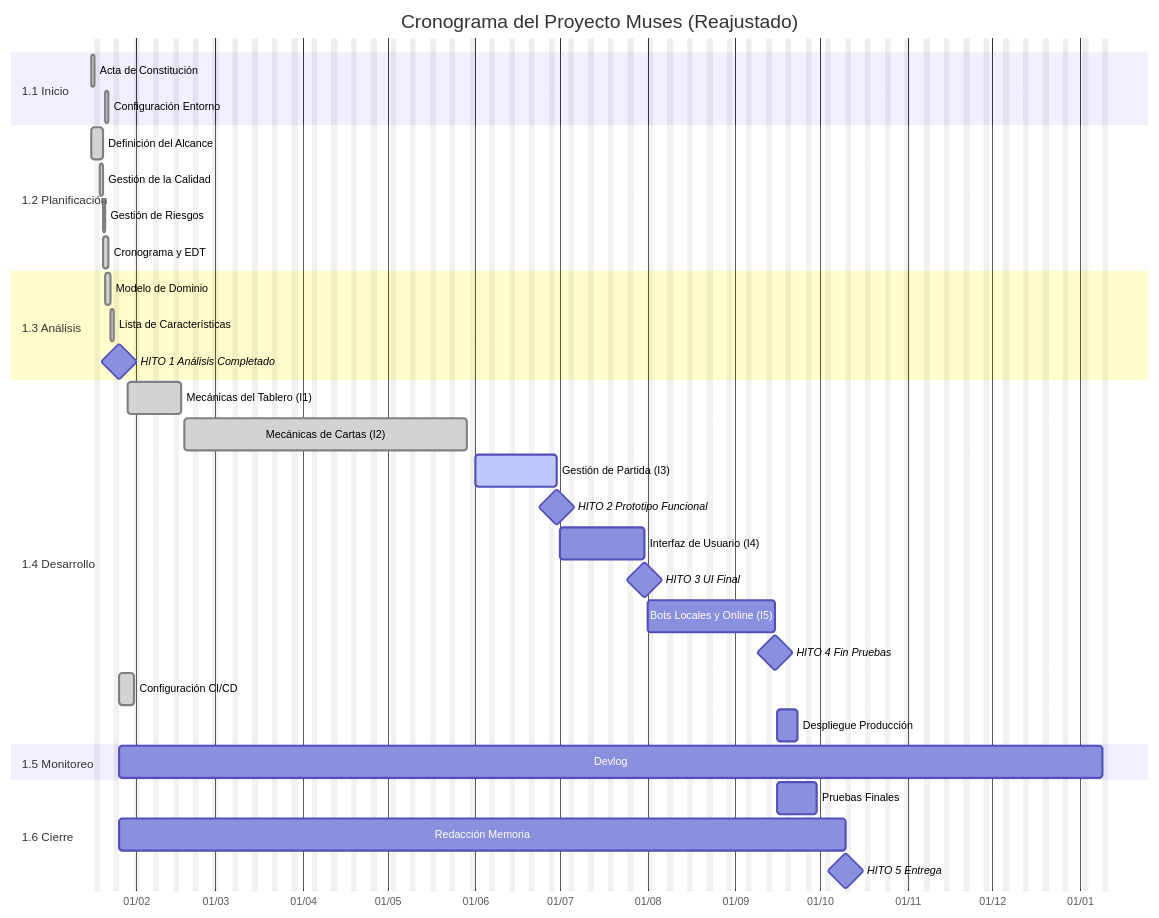
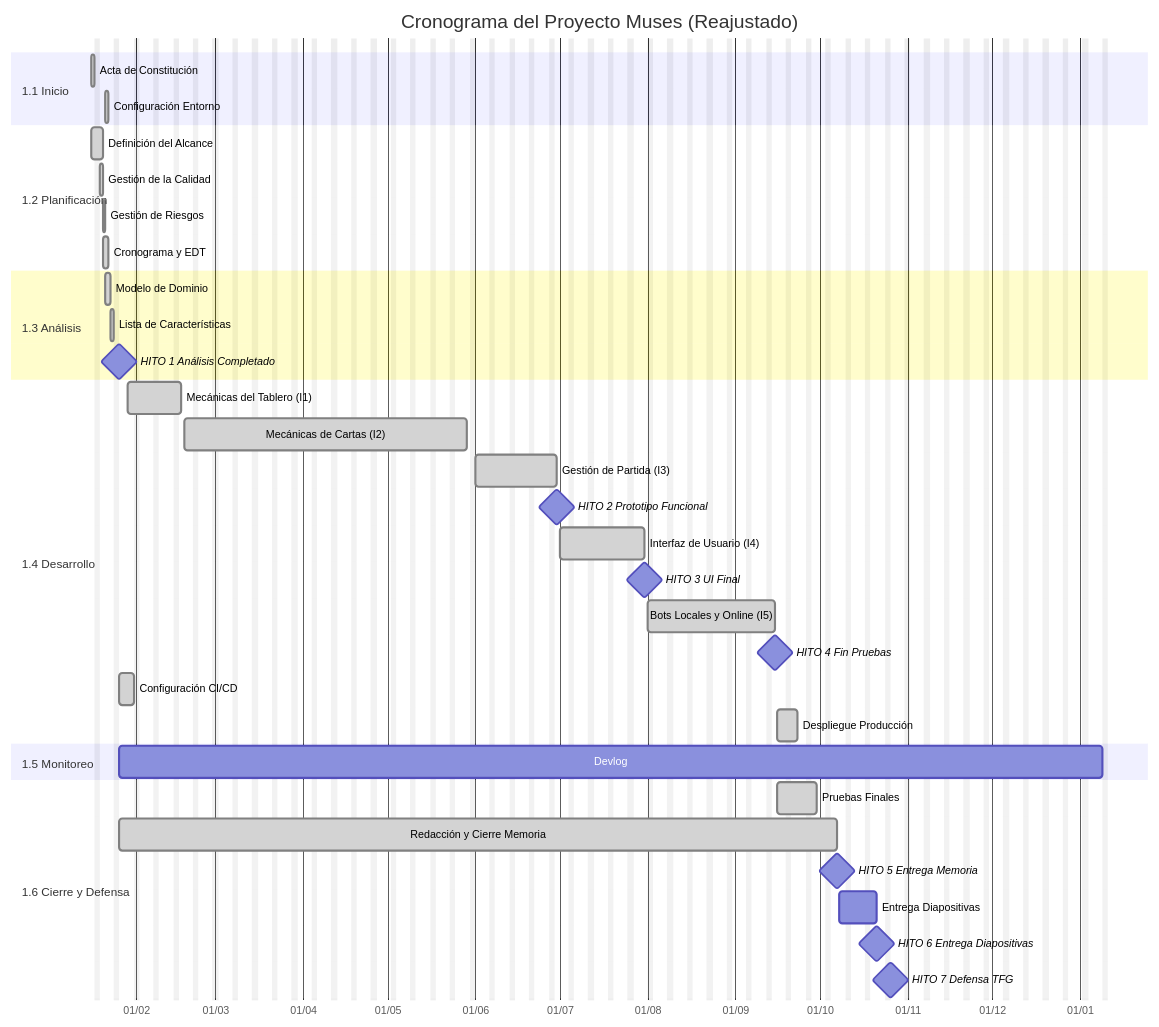
Before and after one commit to PedroJimenezGuerrero/Muses_TFG: the diagram in docs/Planificación/Gestión del cronograma.md, drawn with Mermaid. The commit also changed other lines of this file, not shown here.

Commit message:
docs: :memo: sincronizar fechas oficiales de entrega y defensa en la documentación del proyecto (Memoria 07/10, Diapositivas 21/10, Defensa 26/10)

````diff
--- a/docs/Planificación/Gestión del cronograma.md
+++ b/docs/Planificación/Gestión del cronograma.md
@@ -118,44 +120,47 @@
 ```mermaid
 %%{init: {'gantt': {'barHeight': 30, 'fontSize': 10, 'weekStart': 1}}}%%
 gantt
     title Cronograma del Proyecto Muses (Reajustado)
     dateFormat  YYYY-MM-DD
     axisFormat  %d/%m
     excludes    weekends
 
     section 1.1 Inicio
     Acta de Constitución       :done, a1, 2026-01-16, 1d
     Configuración Entorno      :done, a2, 2026-01-21, 1d
 
     section 1.2 Planificación
     Definición del Alcance     :done, p3, 2026-01-16, 2d
     Gestión de la Calidad      :done, p4, 2026-01-19, 1d
     Gestión de Riesgos         :done, p2, 2026-01-20, 1d
     Cronograma y EDT           :done, p1, 2026-01-20, 2d
 
     section 1.3 Análisis
     Modelo de Dominio          :done, ana1, 2026-01-21, 2d
     Lista de Características   :done, ana2, after ana1, 1d
     HITO 1 Análisis Completado :milestone, m1, 2026-01-26, 0d
     
     section 1.4 Desarrollo
     Mecánicas del Tablero (I1) :done, d1, 2026-01-29, 2026-02-17
     Mecánicas de Cartas (I2)   :done, d2, 2026-02-18, 2026-05-29
-    Gestión de Partida (I3)    :active, d3, 2026-06-01, 2026-06-30
+    Gestión de Partida (I3)    :done, d3, 2026-06-01, 2026-06-30
     HITO 2 Prototipo Funcional :milestone, m2, 2026-06-30, 0d
-    Interfaz de Usuario (I4)   :ui1, 2026-07-01, 2026-07-31
+    Interfaz de Usuario (I4)   :done, ui1, 2026-07-01, 2026-07-31
     HITO 3 UI Final            :milestone, m3, 2026-07-31, 0d
-    Bots Locales y Online (I5) :modj1, 2026-08-01, 2026-09-15
+    Bots Locales y Online (I5) :done, modj1, 2026-08-01, 2026-09-15
     HITO 4 Fin Pruebas         :milestone, m4, 2026-09-15, 0d
 
     Configuración CI/CD        :done, devops1, 2026-01-26, 5d
-    Despliegue Producción      :devops2, 2026-09-16, 5d
+    Despliegue Producción      :done, devops2, 2026-09-16, 5d
 
     section 1.5 Monitoreo
     Devlog                     :mon1, 2026-01-26, 250d
 
-    section 1.6 Cierre
-    Pruebas Finales            :test1, 2026-09-16, 10d
-    Redacción Memoria          :doc1, 2026-01-26, 2026-10-10
-    HITO 5 Entrega             :milestone, m5, 2026-10-10, 0d
+    section 1.6 Cierre y Defensa
+    Pruebas Finales            :done, test1, 2026-09-16, 10d
+    Redacción y Cierre Memoria :done, doc1, 2026-01-26, 2026-10-07
+    HITO 5 Entrega Memoria     :milestone, m5, 2026-10-07, 0d
+    Entrega Diapositivas       :slide1, 2026-10-08, 2026-10-21
+    HITO 6 Entrega Diapositivas:milestone, m6, 2026-10-21, 0d
+    HITO 7 Defensa TFG         :milestone, m7, 2026-10-26, 0d
 ```
````
